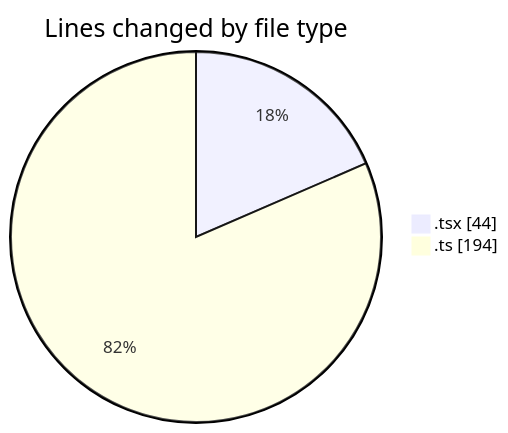
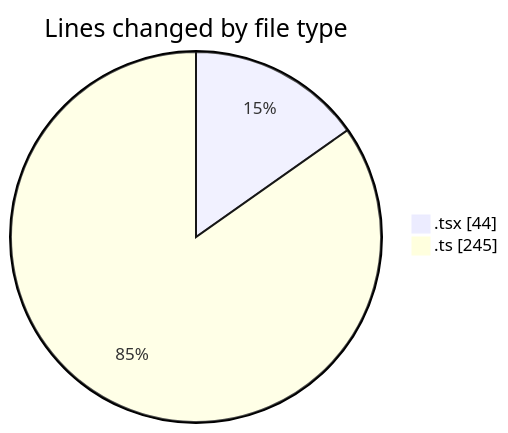
Before and after one commit to julien-gomy/code-tracking: the first of 2 diagrams in 2025-10-08/eventscop-frontend-guide__workspace_/README.md, drawn with Mermaid. The commit also changed other lines of this file and 1 other file, not shown here.

````diff
--- a/2025-10-08/eventscop-frontend-guide__workspace_/README.md
+++ b/2025-10-08/eventscop-frontend-guide__workspace_/README.md
@@ -22,6 +22,6 @@
 ```mermaid
 pie showData
 title Lines changed by file type
 ".tsx" : 44
-".ts" : 194
+".ts" : 245
 ```
````
